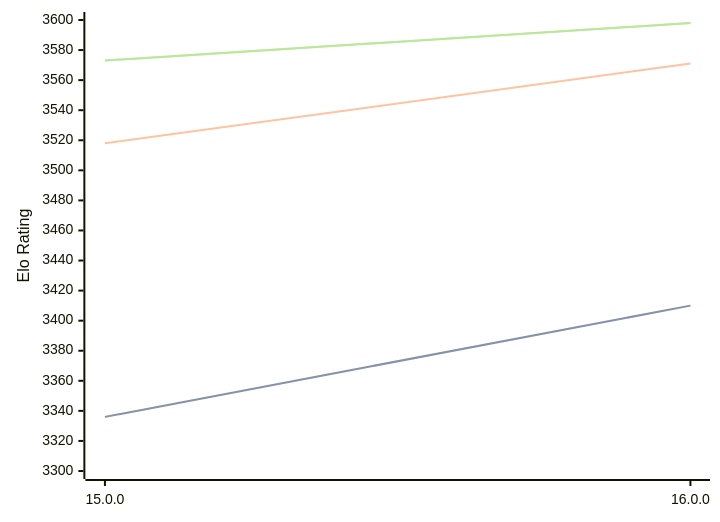
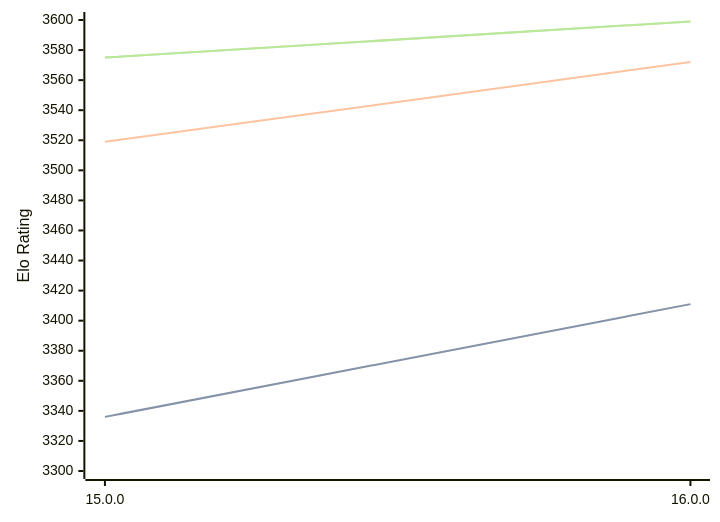
The diagram in engines/Halogen.md (computer-chess-index/cci), drawn with Mermaid before and after one commit. The commit also changed other lines of this file, not shown here.

Commit message:
Update CCI Ratings (ELO VLTC) - 2026-05-14

````diff
--- a/engines/Halogen.md
+++ b/engines/Halogen.md
@@ -50,11 +50,11 @@
 ```mermaid
 %%{init: {"theme":"base","themeVariables":{"seriesColors:['#a3a3a3','#222221','#faa371']}}}%%
 xychart-beta
   x-axis ["15.0.0", "16.0.0"]
   y-axis "Elo Rating" 3300 --> 3600
-  line "STC (8.0+0.08s)" [3336, 3410]
-  line "STC (8.0+0.08s)" [3336, 3410]
-  line "LTC (60.0+0.60s)" [3518, 3571]
-  line "VLTC (2m24s+1.12s)" [3573, 3598]
-  line "VLTC (2m24s+1.12s)" [3573, 3598]
+  line "STC (8.0+0.08s)" [3336, 3411]
+  line "STC (8.0+0.08s)" [3336, 3411]
+  line "LTC (60.0+0.60s)" [3519, 3572]
+  line "VLTC (2m24s+1.12s)" [3575, 3599]
+  line "VLTC (2m24s+1.12s)" [3575, 3599]
 ```
````
